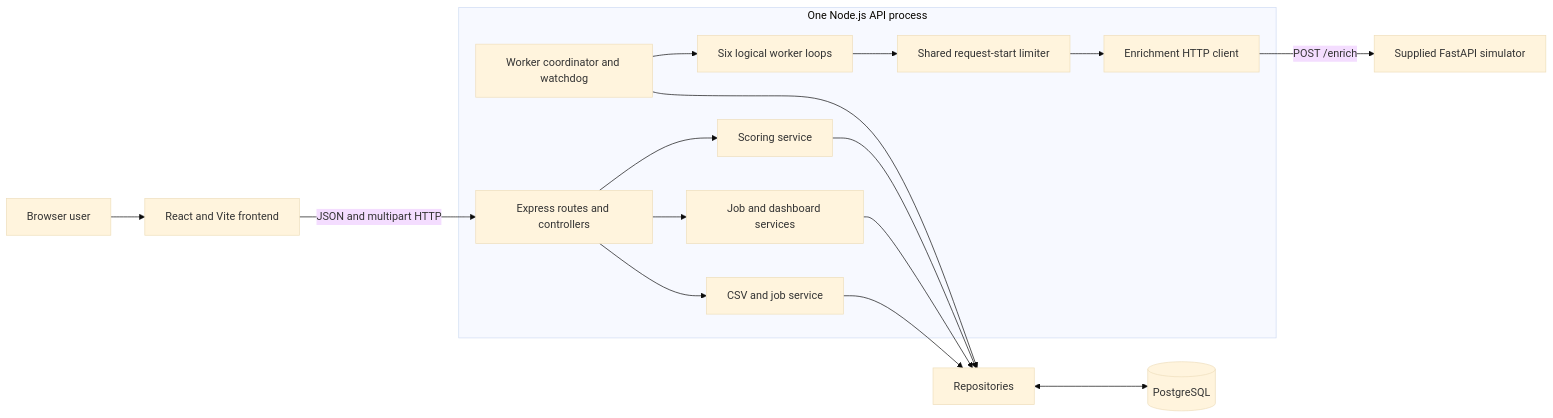
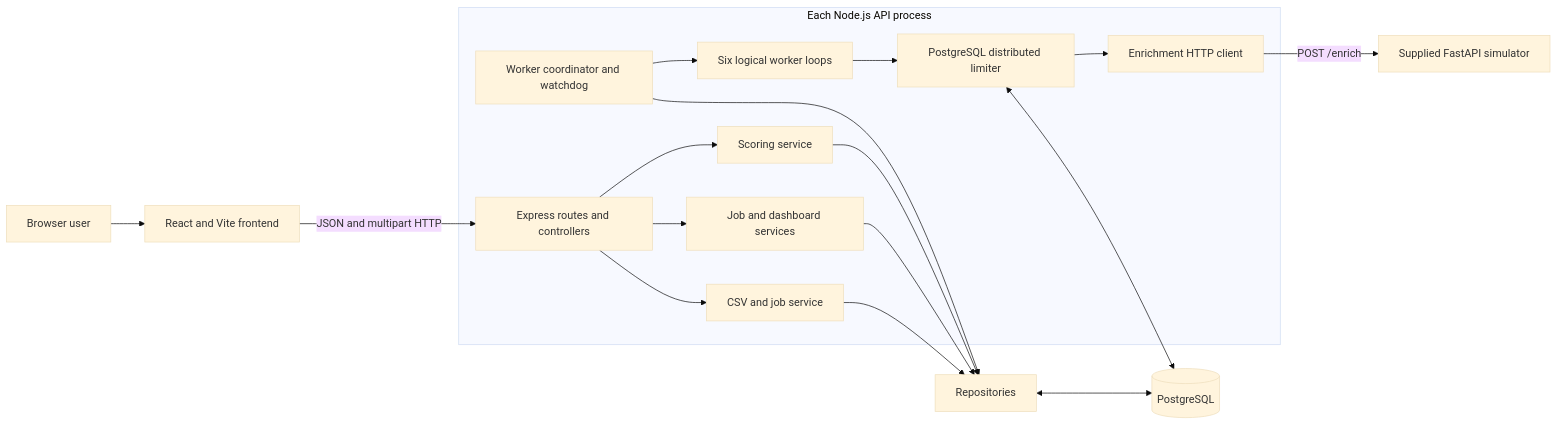
The first of 5 diagrams in docs/architecture.md (Sam-git123/sigmoid-tierforge), drawn with Mermaid (base theme) before and after one commit. The commit also changed other lines of this file and 38 other files, not shown here.

````diff
--- a/docs/architecture.md
+++ b/docs/architecture.md
@@ -11,21 +11,22 @@
 ```mermaid
 flowchart LR
     User[Browser user] --> Web[React and Vite frontend]
     Web -->|JSON and multipart HTTP| API[Express routes and controllers]
 
-    subgraph Process[One Node.js API process]
+    subgraph Process[Each Node.js API process]
         API --> JobService[CSV and job service]
         API --> ReadService[Job and dashboard services]
         API --> ScoreService[Scoring service]
         Coordinator[Worker coordinator and watchdog] --> Workers[Six logical worker loops]
-        Workers --> Limiter[Shared request-start limiter]
+        Workers --> Limiter[PostgreSQL distributed limiter]
         Limiter --> Client[Enrichment HTTP client]
     end
 
     JobService --> Repositories[Repositories]
     ReadService --> Repositories
     ScoreService --> Repositories
     Coordinator --> Repositories
     Repositories <--> DB[(PostgreSQL)]
+    Limiter <--> DB
     Client -->|POST /enrich| Simulator[Supplied FastAPI simulator]
 ```
````
